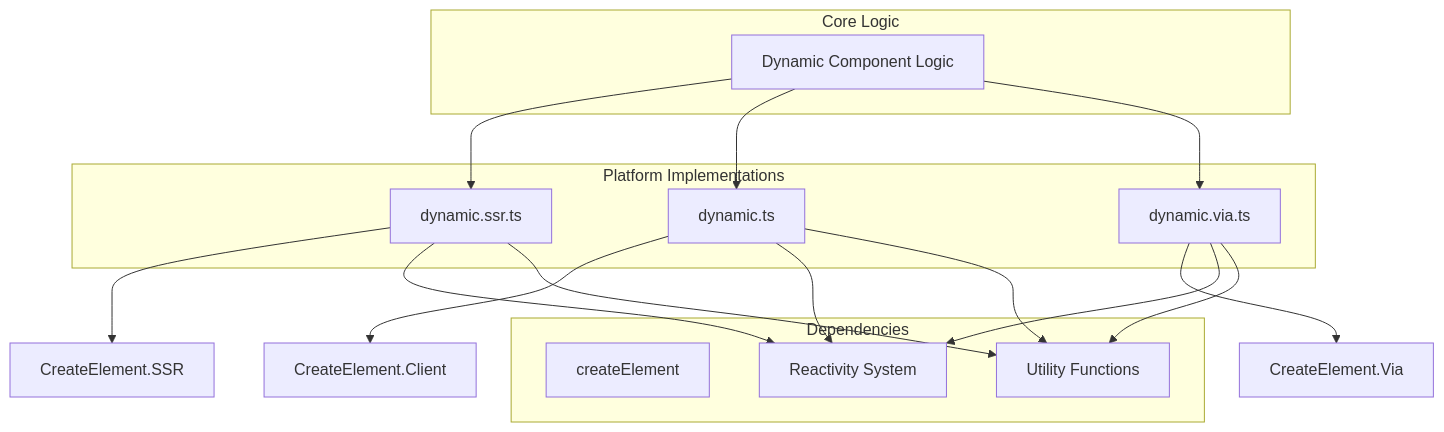
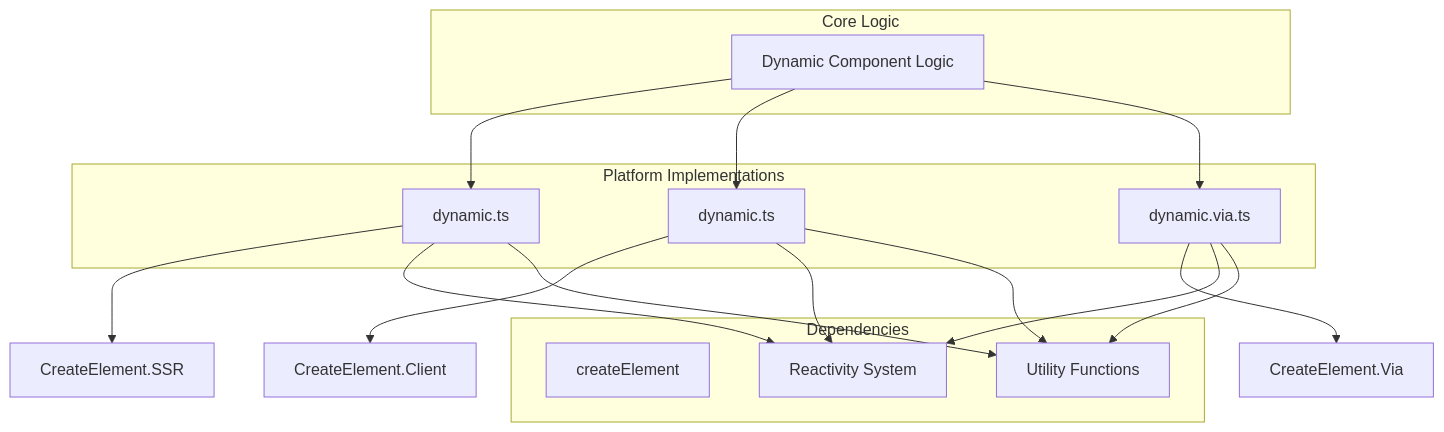
One commit to wobyjs/woby changed the fifth of 8 diagrams in .qoder/repowiki/en/content/API Reference/Components API/Dynamic Component.md. Above: the diagram before and after it, drawn with Mermaid. The commit also changed other lines of this file and 36 other files, not shown here.

````diff
--- a/.qoder/repowiki/en/content/API Reference/Components API/Dynamic Component.md
+++ b/.qoder/repowiki/en/content/API Reference/Components API/Dynamic Component.md
@@ -174,28 +174,28 @@
 ```mermaid
 graph TB
 subgraph "Core Logic"
 Dynamic[Dynamic Component Logic]
 end
 subgraph "Platform Implementations"
-SSR[dynamic.ssr.ts]
+SSR[dynamic.ts]
 Client[dynamic.ts]
 Via[dynamic.via.ts]
 end
 subgraph "Dependencies"
 CreateElement[createElement]
 Soby[Reactivity System]
 Lang[Utility Functions]
 end
 Dynamic --> SSR
 Dynamic --> Client
 Dynamic --> Via
 SSR --> CreateElement.SSR
 Client --> CreateElement.Client
 Via --> CreateElement.Via
 SSR --> Soby
 Client --> Soby
 Via --> Soby
 SSR --> Lang
 Client --> Lang
 Via --> Lang
 ```
````
